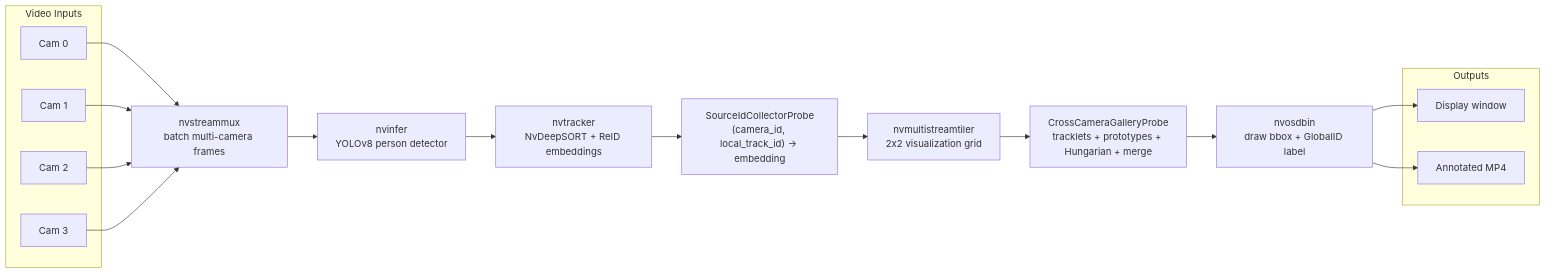
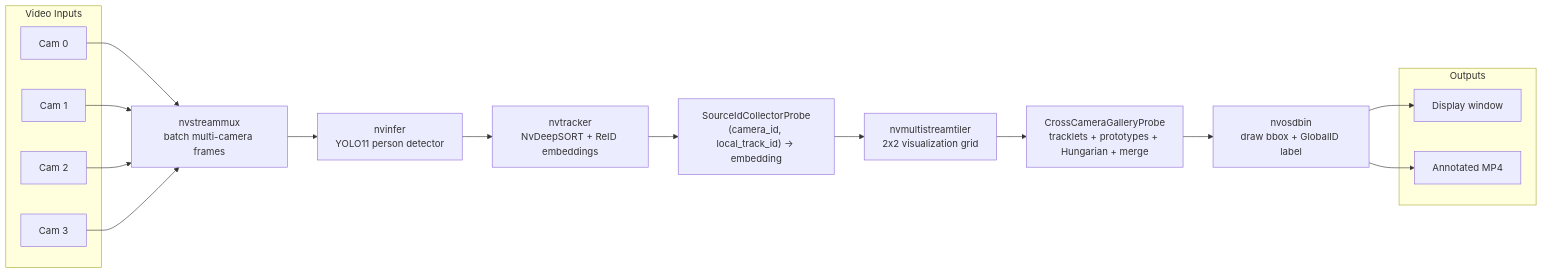
The diagram in README.md (NLT22/multi_stream_people_tracker), drawn with Mermaid before and after one commit. The commit also changed other lines of this file and 3 other files, not shown here.

Commit message:
Use YOLO11 as default detector

````diff
--- a/README.md
+++ b/README.md
@@ -153,31 +182,31 @@
 ```mermaid
 flowchart LR
     subgraph Inputs["Video Inputs"]
         C0["Cam 0"]
         C1["Cam 1"]
         C2["Cam 2"]
         C3["Cam 3"]
     end
 
     C0 --> MUX
     C1 --> MUX
     C2 --> MUX
     C3 --> MUX
 
     MUX["nvstreammux<br/>batch multi-camera frames"]
-    DET["nvinfer<br/>YOLOv8 person detector"]
+    DET["nvinfer<br/>YOLO11 person detector"]
     TRK["nvtracker<br/>NvDeepSORT + ReID embeddings"]
     SRC["SourceIdCollectorProbe<br/>(camera_id, local_track_id) -> embedding"]
     TILER["nvmultistreamtiler<br/>2x2 visualization grid"]
     REID["CrossCameraGalleryProbe<br/>tracklets + prototypes + Hungarian + merge"]
     OSD["nvosdbin<br/>draw bbox + GlobalID label"]
 
     subgraph Outputs["Outputs"]
         DISPLAY["Display window"]
         VIDEO["Annotated MP4"]
     end
 
     MUX --> DET --> TRK --> SRC --> TILER --> REID --> OSD
     OSD --> DISPLAY
     OSD --> VIDEO
 ```
````
